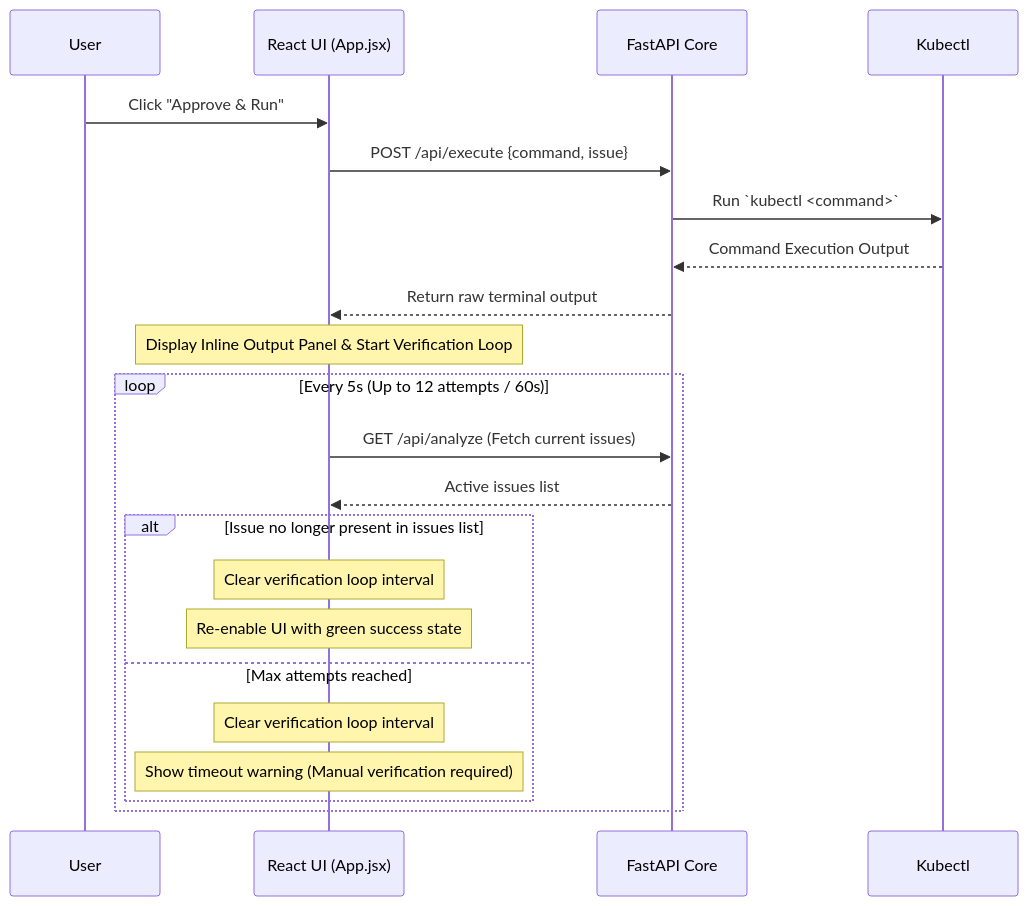
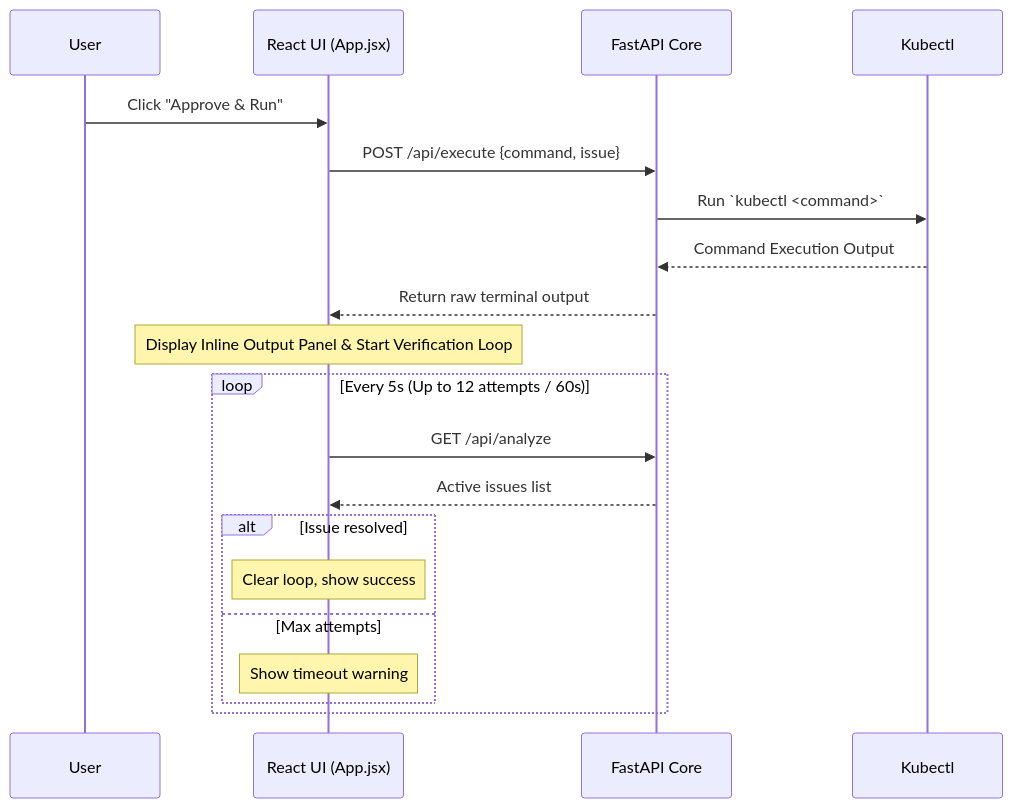
The fourth of 4 diagrams in ARCHITECTURE.md (barbaria888/KubeOps-AI), drawn with Mermaid before and after one commit. The commit also changed other lines of this file and 12 other files, not shown here.

````diff
--- a/ARCHITECTURE.md
+++ b/ARCHITECTURE.md
@@ -82,26 +117,24 @@
 ```mermaid
 sequenceDiagram
     participant User
     participant UI as React UI (App.jsx)
     participant Backend as FastAPI Core
     participant Tool as Kubectl
 
     User->>UI: Click "Approve & Run"
     UI->>Backend: POST /api/execute {command, issue}
     Backend->>Tool: Run `kubectl <command>`
     Tool-->>Backend: Command Execution Output
     Backend-->>UI: Return raw terminal output
     Note over UI: Display Inline Output Panel & Start Verification Loop
     
     Loop Every 5s (Up to 12 attempts / 60s)
-        UI->>Backend: GET /api/analyze (Fetch current issues)
+        UI->>Backend: GET /api/analyze
         Backend-->>UI: Active issues list
-        alt Issue no longer present in issues list
-            Note over UI: Clear verification loop interval
-            Note over UI: Re-enable UI with green success state
-        else Max attempts reached
-            Note over UI: Clear verification loop interval
-            Note over UI: Show timeout warning (Manual verification required)
+        alt Issue resolved
+            Note over UI: Clear loop, show success
+        else Max attempts
+            Note over UI: Show timeout warning
         end
     end
 ```
````
